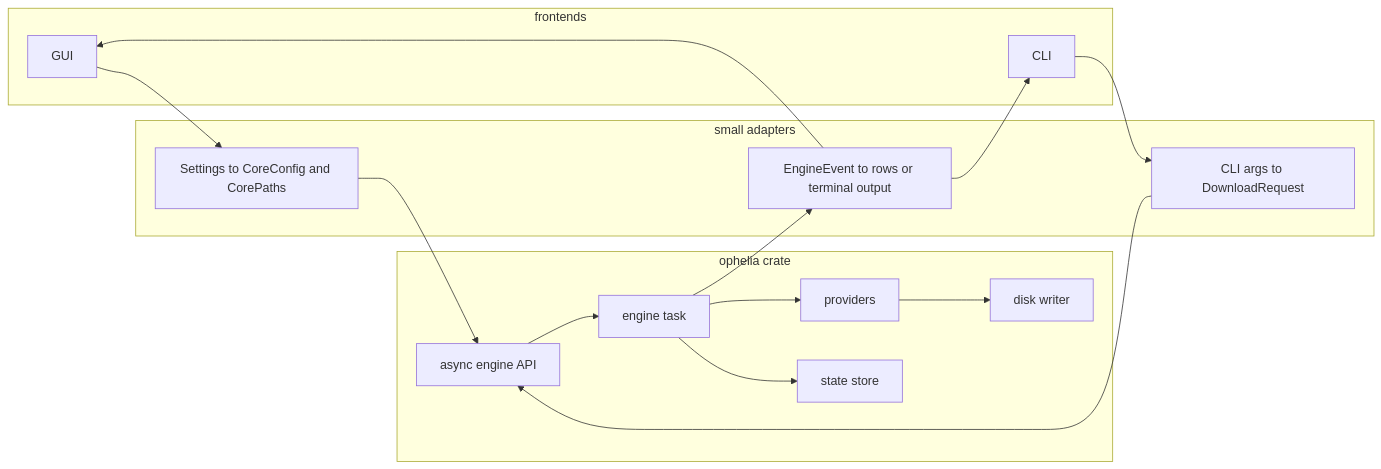
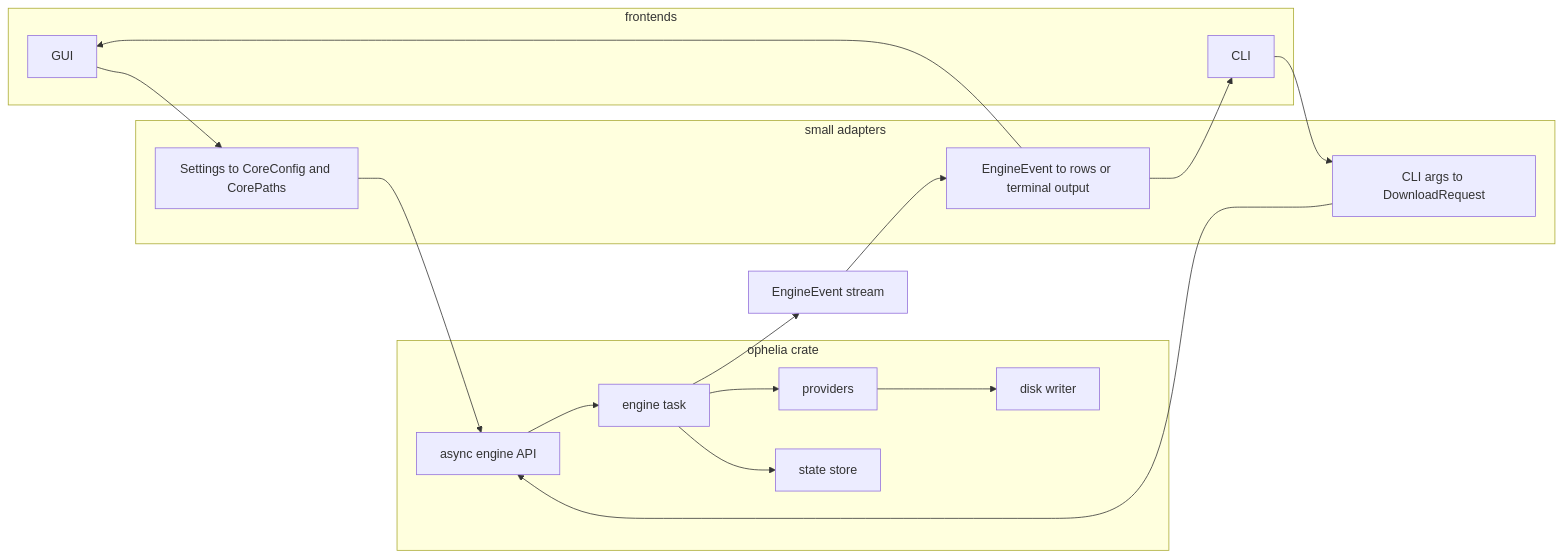
One commit to ophelianz/ophelia changed the fourth of 9 diagrams in docs/core-diagrams.md. Above: the diagram before and after it, drawn with Mermaid. The commit also changed other lines of this file and 7 other files, not shown here.

Commit message:
fix: harden engine actor events

````diff
--- a/docs/core-diagrams.md
+++ b/docs/core-diagrams.md
@@ -68,31 +71,32 @@
 ```mermaid
 flowchart LR
   subgraph Frontends["frontends"]
     Gui["GUI"]
     Cli["CLI"]
   end
 
   subgraph Adapter["small adapters"]
     SettingsToCore["Settings to CoreConfig and CorePaths"]
     ArgsToRequest["CLI args to DownloadRequest"]
     EventsToRows["EngineEvent to rows or terminal output"]
   end
 
   subgraph Core["ophelia crate"]
     CoreApi["async engine API"]
     Actor["engine task"]
     Providers["providers"]
     Store["state store"]
     DiskWriter["disk writer"]
   end
 
   Gui --> SettingsToCore --> CoreApi
   Cli --> ArgsToRequest --> CoreApi
   CoreApi --> Actor
   Actor --> Providers
   Actor --> Store
   Providers --> DiskWriter
-  Actor --> EventsToRows
+  Actor --> EngineEvents["EngineEvent stream"]
+  EngineEvents --> EventsToRows
   EventsToRows --> Gui
   EventsToRows --> Cli
 ```
````
